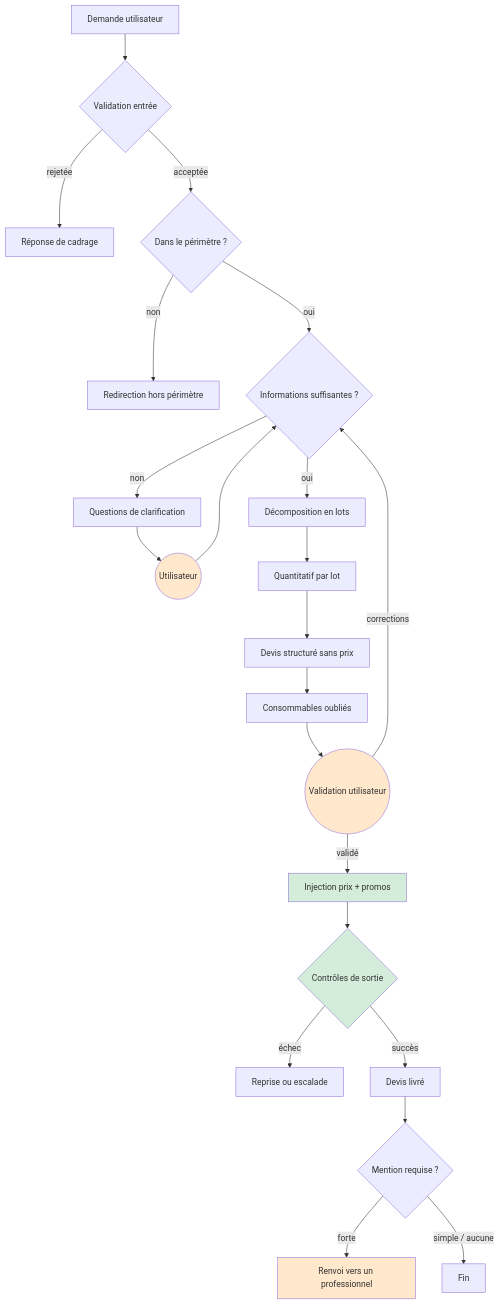
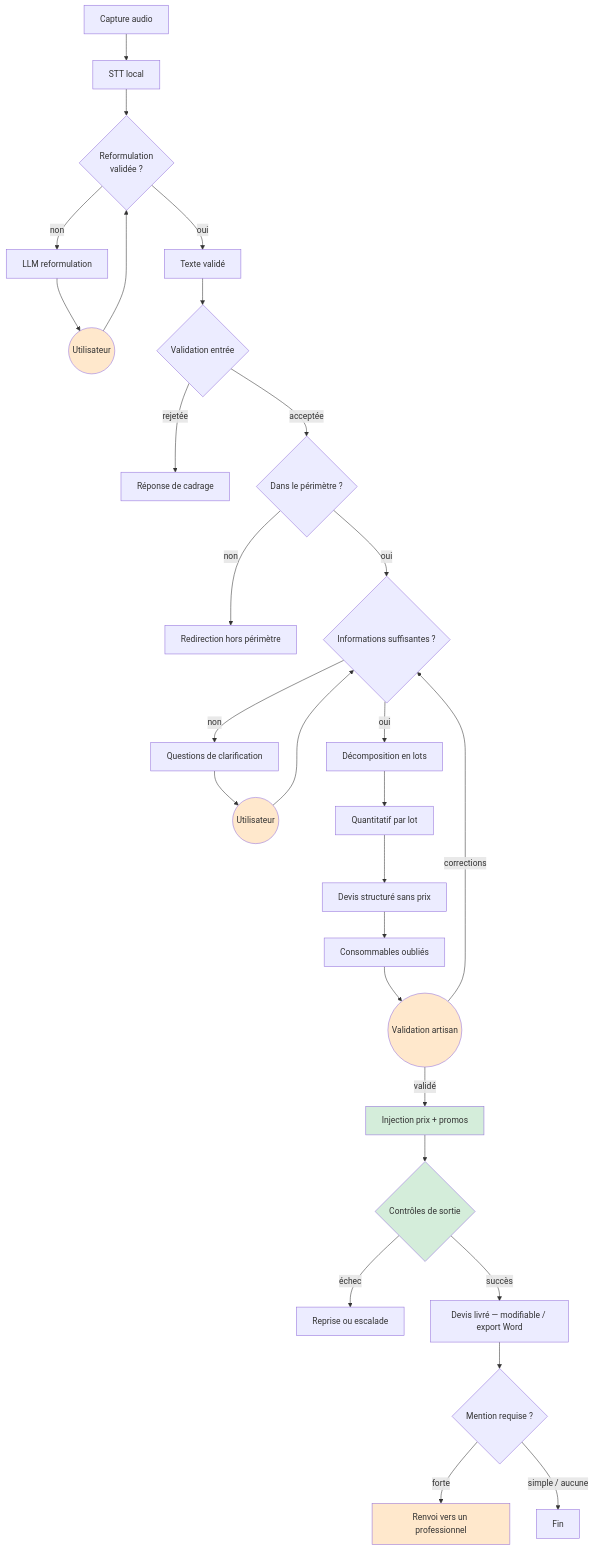
One commit to M-CHADLI/assistant-devis-btp changed the first of 2 diagrams in docs/DISPOSITIF_AGENT.md. Above: the diagram before and after it, drawn with Mermaid. The commit also changed other lines of this file, not shown here.

````diff
--- a/docs/DISPOSITIF_AGENT.md
+++ b/docs/DISPOSITIF_AGENT.md
@@ -26,35 +26,43 @@
 ```mermaid
 flowchart TD
-    A[Demande utilisateur] --> B{Validation entrée}
+    S[Capture audio] --> T[STT local]
+    T --> U{Reformulation<br/>validée ?}
+    U -->|non| U1[LLM reformulation]
+    U1 --> H0((Utilisateur))
+    H0 --> U
+    U -->|oui| A[Texte validé]
+
+    A --> B{Validation entrée}
     B -->|rejetée| R1[Réponse de cadrage]
     B -->|acceptée| C{Dans le périmètre ?}
     C -->|non| R2[Redirection hors périmètre]
     C -->|oui| D{Informations suffisantes ?}
 
     D -->|non| E[Questions de clarification]
     E --> H1((Utilisateur))
     H1 --> D
 
     D -->|oui| F[Décomposition en lots]
     F --> G[Quantitatif par lot]
     G --> I[Devis structuré sans prix]
     I --> J[Consommables oubliés]
 
-    J --> H2((Validation utilisateur))
+    J --> H2((Validation artisan))
     H2 -->|corrections| D
     H2 -->|validé| K[Injection prix + promos]
 
     K --> L{Contrôles de sortie}
     L -->|échec| M[Reprise ou escalade]
-    L -->|succès| N[Devis livré]
+    L -->|succès| N[Devis livré — modifiable / export Word]
 
     N --> O{Mention requise ?}
     O -->|forte| P[Renvoi vers un professionnel]
     O -->|simple / aucune| N2[Fin]
 
+    style H0 fill:#ffe8cc
     style H1 fill:#ffe8cc
     style H2 fill:#ffe8cc
     style P fill:#ffe8cc
     style K fill:#d4edda
     style L fill:#d4edda
 ```
````
